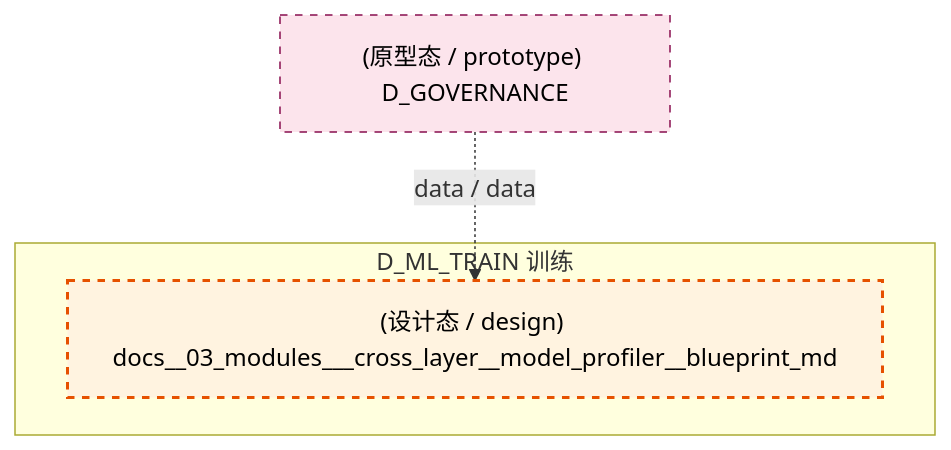
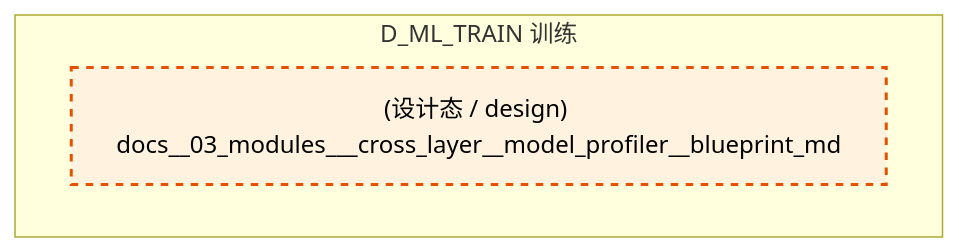
Before and after one commit to xuanFelixVan/ZephyrAlpha: the second of 4 diagrams in docs/02_enterprise_architecture/02_domain_architecture_docs/50_d_ml_train.md, drawn with Mermaid. The commit also changed other lines of this file and 126 other files, not shown here.

````diff
--- a/docs/02_enterprise_architecture/02_domain_architecture_docs/50_d_ml_train.md
+++ b/docs/02_enterprise_architecture/02_domain_architecture_docs/50_d_ml_train.md
@@ -123,14 +121,11 @@
 ```mermaid
 graph TD
     subgraph D_ML_TRAIN["D_ML_TRAIN 训练"]
         docs_03_modules_cross_layer_model_profiler_blueprint_md["(设计态 / design) docs__03_modules___cross_layer__model_profiler__blueprint_md"]
     end
-    D_GOVERNANCE["(原型态 / prototype) D_GOVERNANCE"]
-    D_GOVERNANCE -.->|data / data| docs_03_modules_cross_layer_model_profiler_blueprint_md
     classDef production fill:#e1f5fe,stroke:#01579b,stroke-width:2px,color:#000
     classDef design fill:#fff3e0,stroke:#e65100,stroke-width:2px,color:#000,stroke-dasharray: 5 5
     classDef external_prod fill:#e8f5e9,stroke:#1b5e20,stroke-width:1px,color:#000
     classDef external_design fill:#fce4ec,stroke:#880e4f,stroke-width:1px,color:#000,stroke-dasharray: 5 5
     class docs_03_modules_cross_layer_model_profiler_blueprint_md design
-    class D_GOVERNANCE external_design
 ```
````
